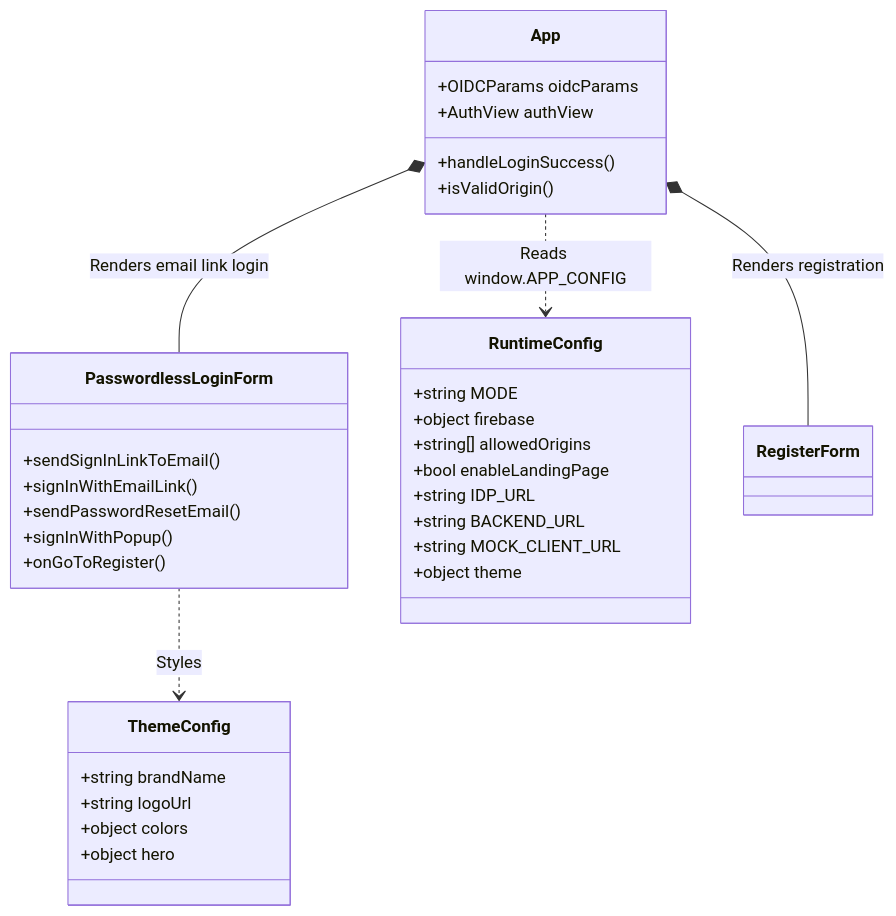
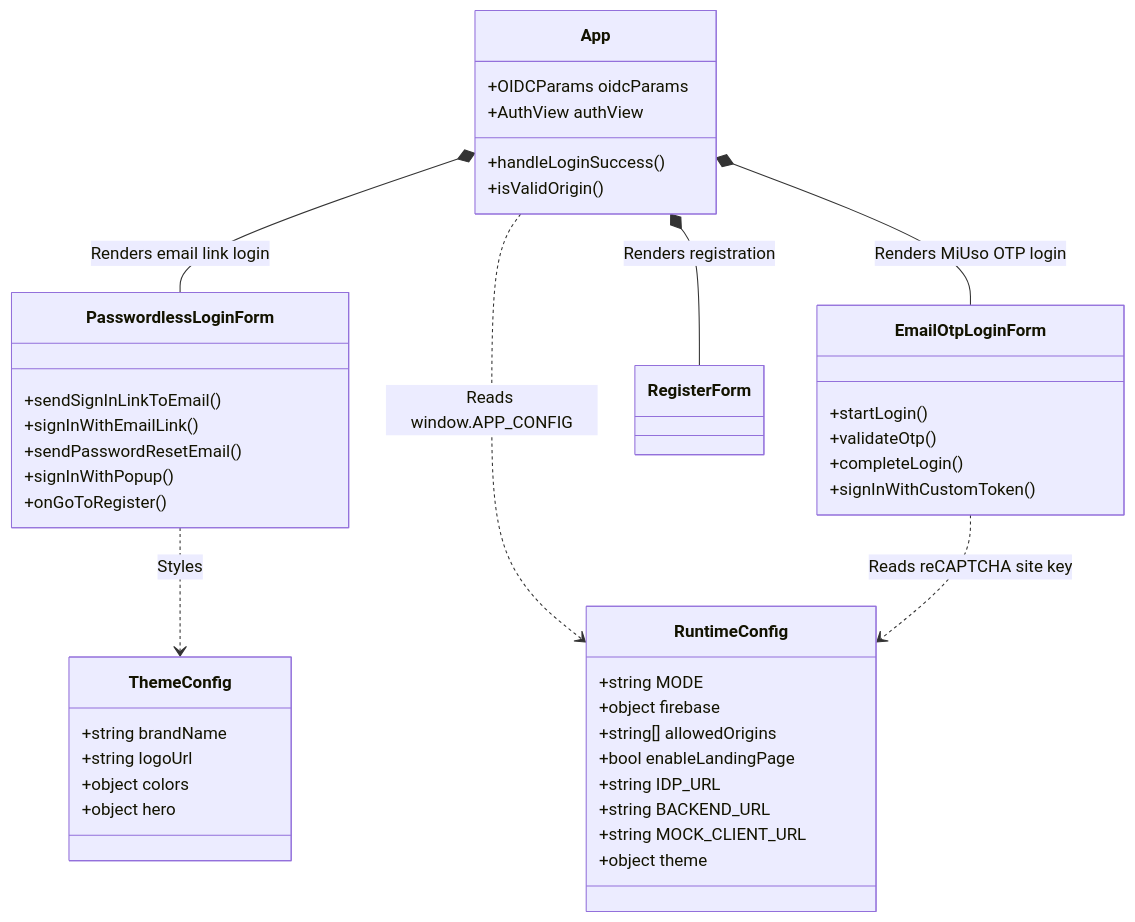
One commit to caguanet/Acelerador-para-Cliente-OIDC-GCP-Idp changed the first of 8 diagrams in docs/architecture/TECH_README.md. Above: the diagram before and after it, drawn with Mermaid. The commit also changed other lines of this file and 41 other files, not shown here.

Commit message:
feat: add email OTP login rollout

````diff
--- a/docs/architecture/TECH_README.md
+++ b/docs/architecture/TECH_README.md
@@ -24,37 +24,45 @@
 ```mermaid
 classDiagram
     class App {
         +OIDCParams oidcParams
         +AuthView authView
         +handleLoginSuccess()
         +isValidOrigin()
     }
     class PasswordlessLoginForm {
         +sendSignInLinkToEmail()
         +signInWithEmailLink()
         +sendPasswordResetEmail()
         +signInWithPopup()
         +onGoToRegister()
+    }
+    class EmailOtpLoginForm {
+        +startLogin()
+        +validateOtp()
+        +completeLogin()
+        +signInWithCustomToken()
     }
     class ThemeConfig {
         +string brandName
         +string logoUrl
         +object colors
         +object hero
     }
     class RuntimeConfig {
         +string MODE
         +object firebase
         +string[] allowedOrigins
         +bool enableLandingPage
         +string IDP_URL
         +string BACKEND_URL
         +string MOCK_CLIENT_URL
         +object theme
     }
 
     App *-- PasswordlessLoginForm : Renders email link login
+    App *-- EmailOtpLoginForm : Renders MiUso OTP login
     App *-- RegisterForm : Renders registration
     App ..> RuntimeConfig : Reads window.APP_CONFIG
     PasswordlessLoginForm ..> ThemeConfig : Styles
+    EmailOtpLoginForm ..> RuntimeConfig : Reads reCAPTCHA site key
 ```
````
